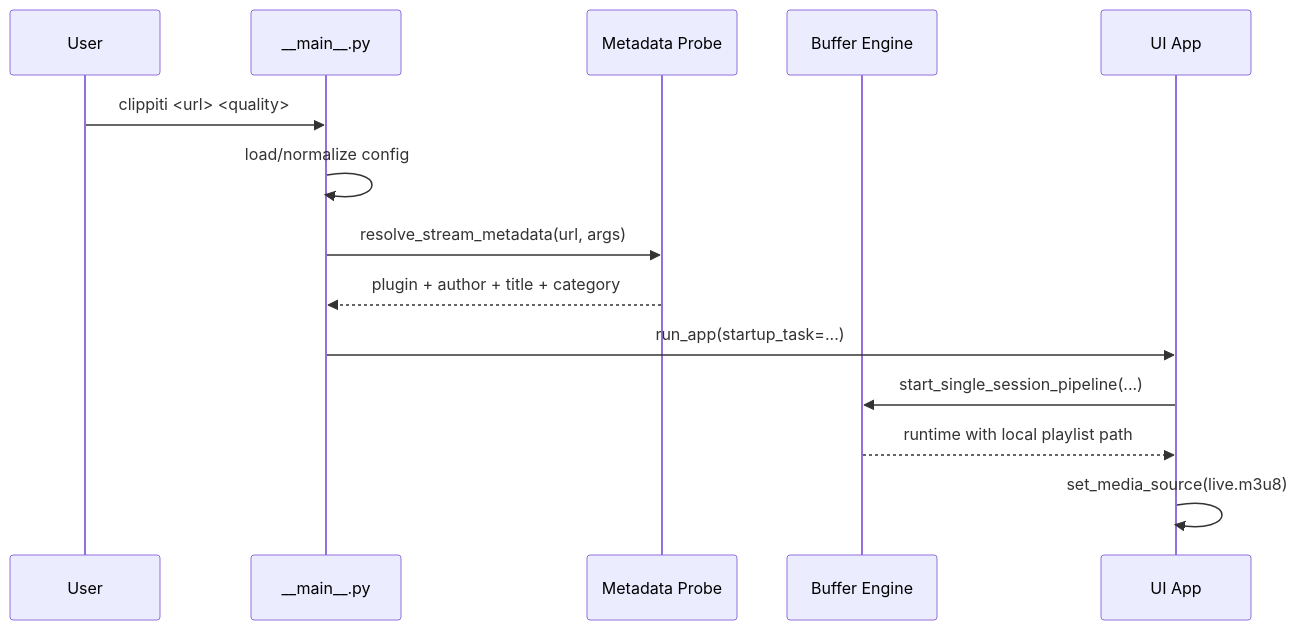
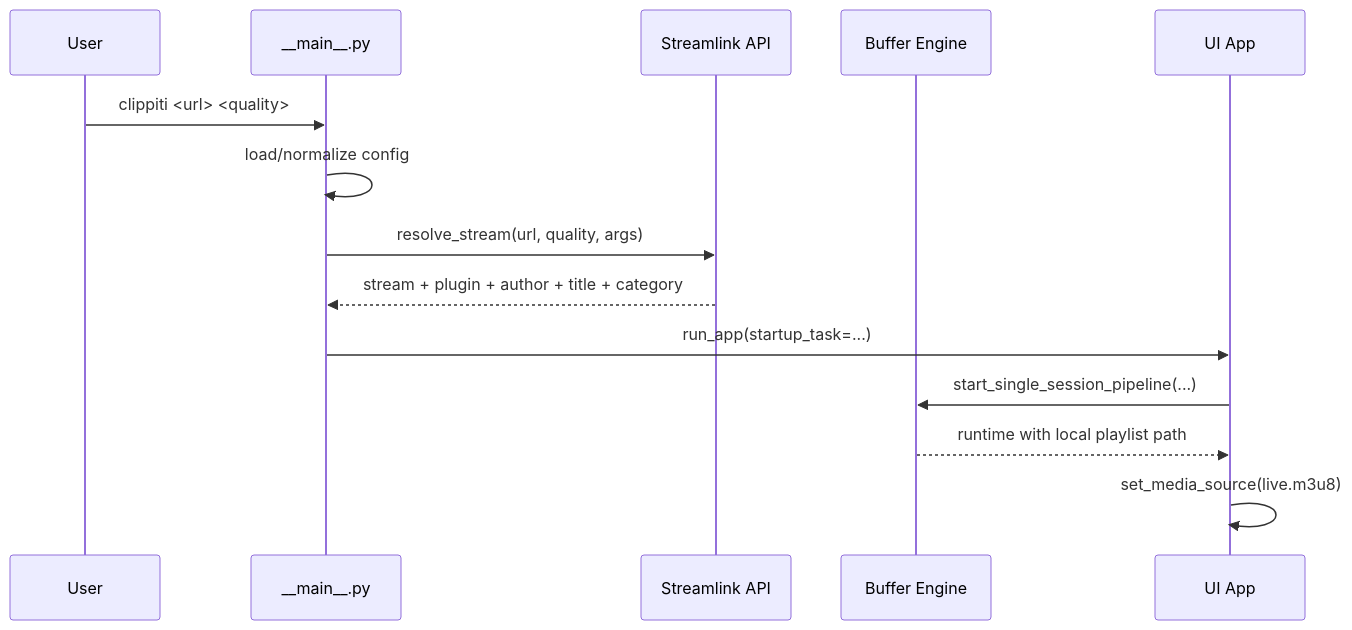
The first of 4 diagrams in doc/runtime-workflows.md (tarzasai/clippiti), drawn with Mermaid before and after one commit. The commit also changed other lines of this file and 19 other files, not shown here.

````diff
--- a/doc/runtime-workflows.md
+++ b/doc/runtime-workflows.md
@@ -7,17 +7,17 @@
 ```mermaid
 sequenceDiagram
     participant User
     participant Main as __main__.py
-    participant Probe as Metadata Probe
+    participant SL as Streamlink API
     participant Buffer as Buffer Engine
     participant UI as UI App
 
     User->>Main: clippiti <url> <quality>
     Main->>Main: load/normalize config
-    Main->>Probe: resolve_stream_metadata(url, args)
-    Probe-->>Main: plugin + author + title + category
+    Main->>SL: resolve_stream(url, quality, args)
+    SL-->>Main: stream + plugin + author + title + category
     Main->>UI: run_app(startup_task=...)
     UI->>Buffer: start_single_session_pipeline(...)
     Buffer-->>UI: runtime with local playlist path
     UI->>UI: set_media_source(live.m3u8)
 ```
````
